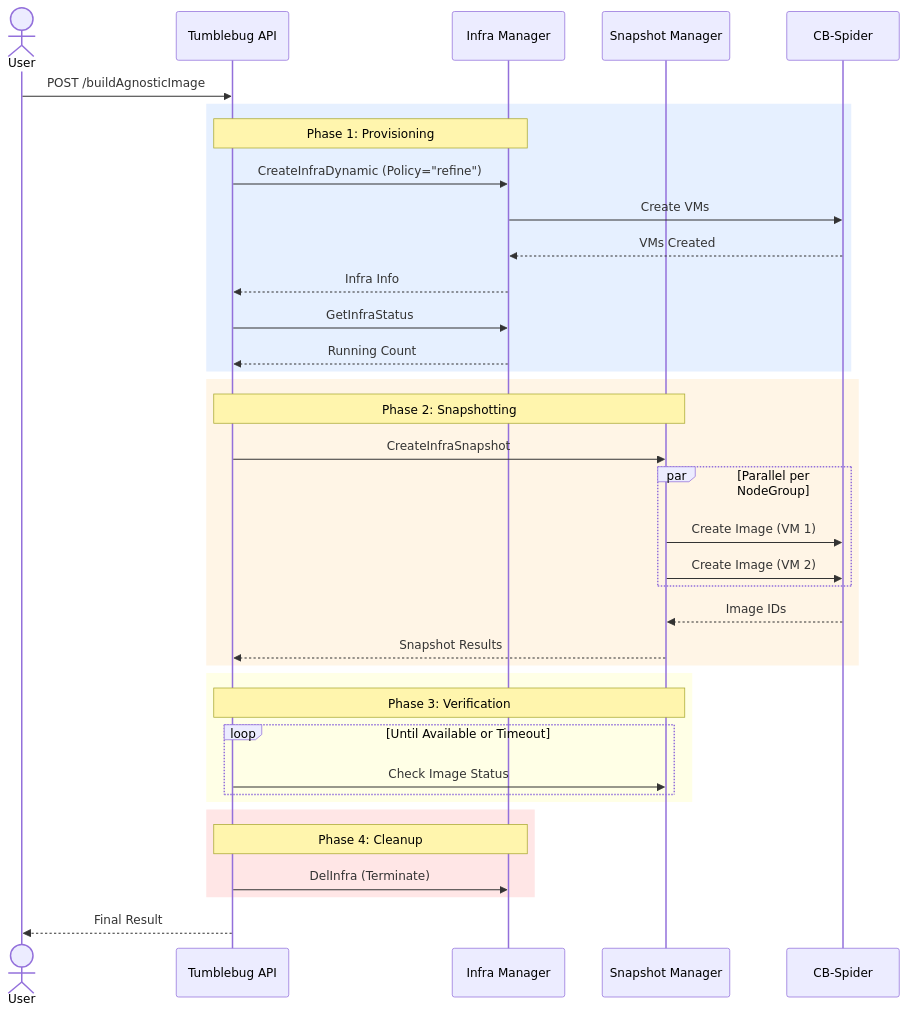
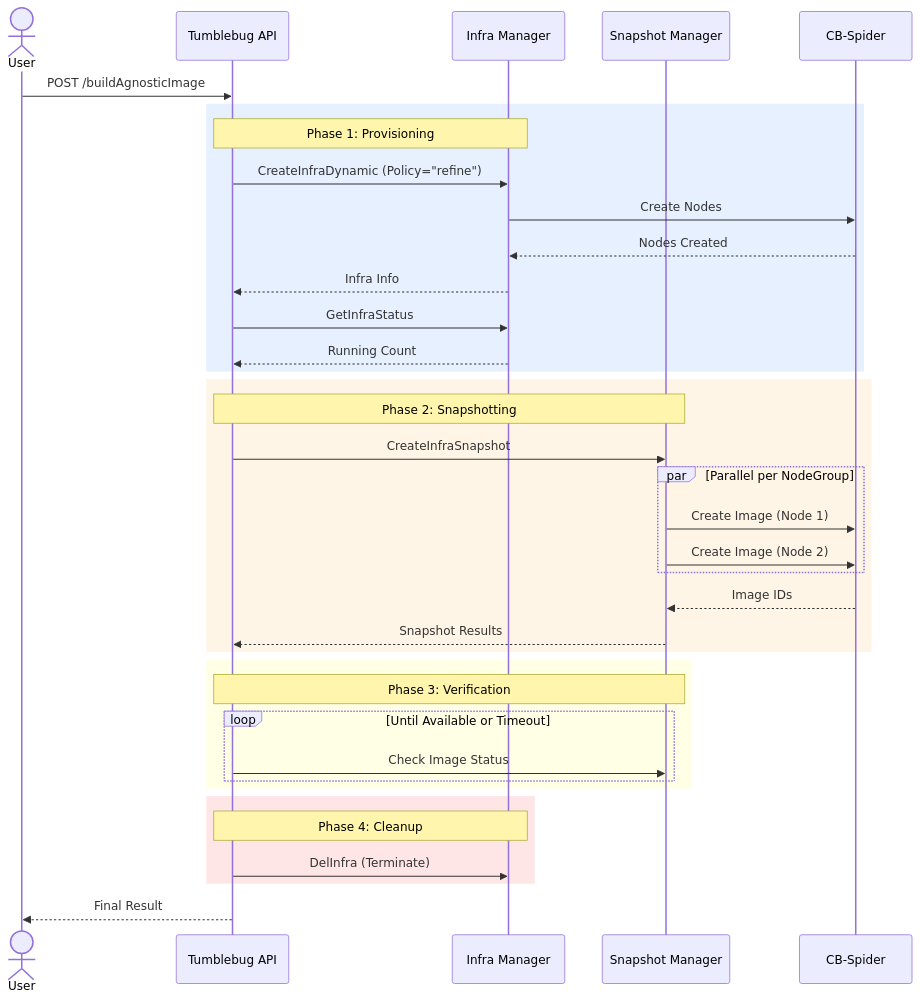
The first of 4 diagrams in docs/feature_guide/cloud-agnostic-image.md (cloud-barista/cb-tumblebug), drawn with Mermaid before and after one commit. The commit also changed other lines of this file and 81 other files, not shown here.

````diff
--- a/docs/feature_guide/cloud-agnostic-image.md
+++ b/docs/feature_guide/cloud-agnostic-image.md
@@ -75,48 +75,48 @@
 ```mermaid
 sequenceDiagram
     actor User
     participant API as Tumblebug API
     participant Infra as Infra Manager
     participant Snap as Snapshot Manager
     participant Spider as CB-Spider
     
     User->>API: POST /buildAgnosticImage
     
     rect rgb(230, 240, 255)
         Note over API,Infra: Phase 1: Provisioning
         API->>Infra: CreateInfraDynamic (Policy="refine")
-        Infra->>Spider: Create VMs
-        Spider-->>Infra: VMs Created
+        Infra->>Spider: Create Nodes
+        Spider-->>Infra: Nodes Created
         Infra-->>API: Infra Info
         
         API->>Infra: GetInfraStatus
         Infra-->>API: Running Count
     end
     
     rect rgb(255, 245, 230)
         Note over API,Snap: Phase 2: Snapshotting
         API->>Snap: CreateInfraSnapshot
         
         par Parallel per NodeGroup
-            Snap->>Spider: Create Image (VM 1)
-            Snap->>Spider: Create Image (VM 2)
+            Snap->>Spider: Create Image (Node 1)
+            Snap->>Spider: Create Image (Node 2)
         end
         
         Spider-->>Snap: Image IDs
         Snap-->>API: Snapshot Results
     end
     
     rect rgb(255, 255, 230)
         Note over API,Snap: Phase 3: Verification
         loop Until Available or Timeout
             API->>Snap: Check Image Status
         end
     end
     
     rect rgb(255, 230, 230)
         Note over API,Infra: Phase 4: Cleanup
         API->>Infra: DelInfra (Terminate)
     end
     
     API-->>User: Final Result
 ```
````
